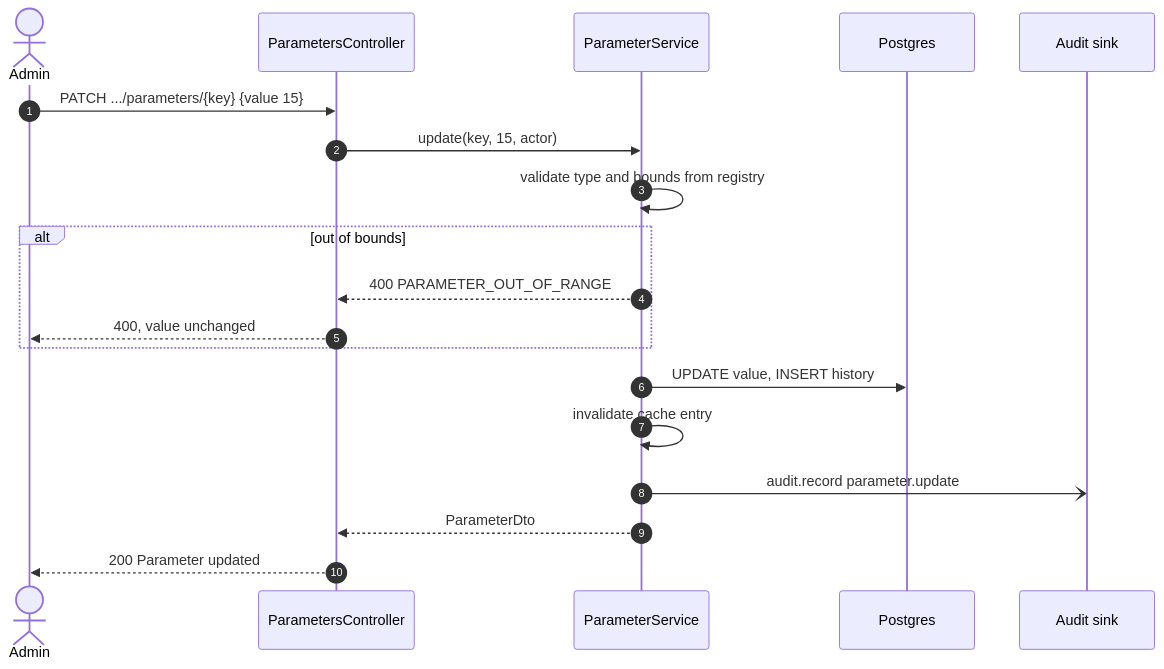
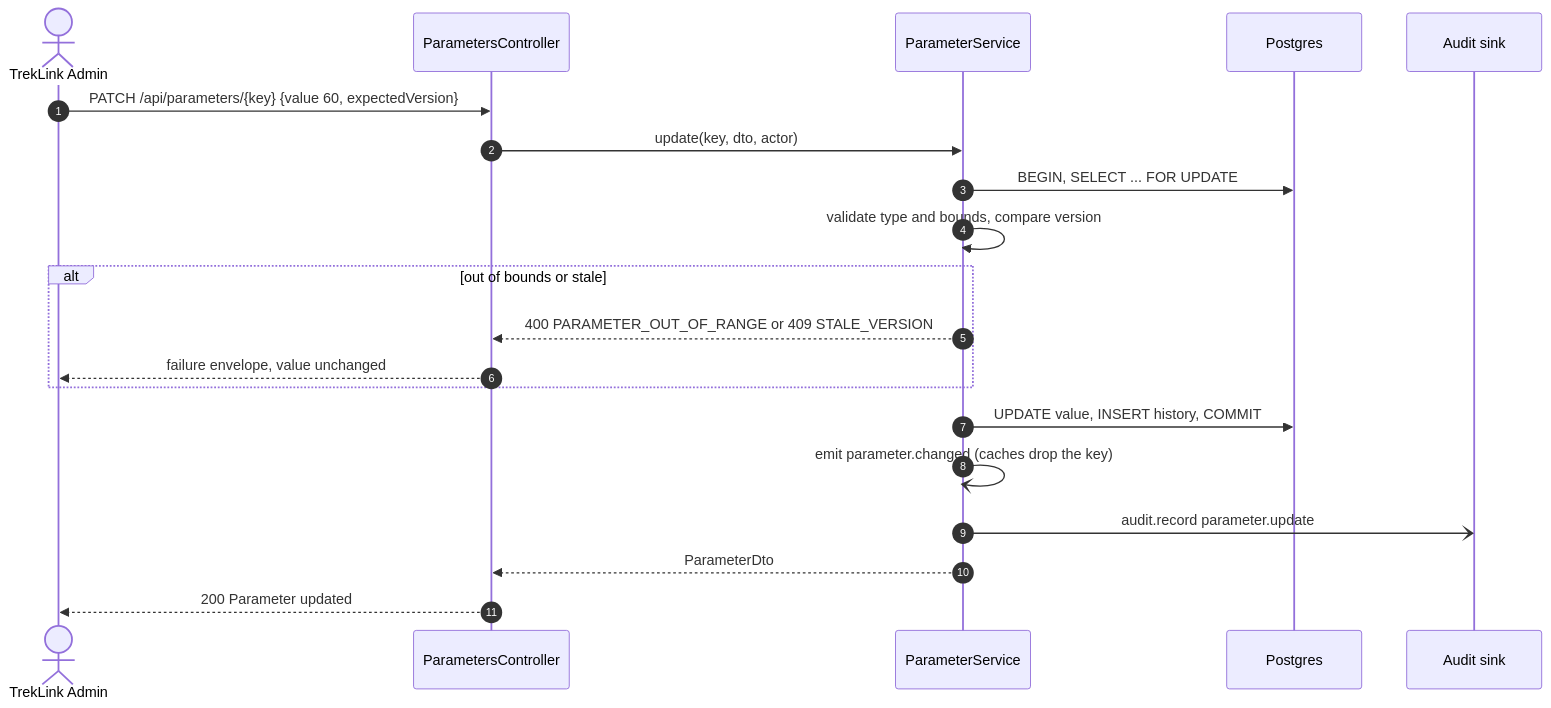
The fifth of 5 diagrams in specs/platform/design.md (TrekLink-Team/treklink-web), drawn with Mermaid before and after one commit. The commit also changed other lines of this file and 367 other files, not shown here.

First line of the commit message:
docs: rewrite the module specs and schema from the rescoped SRS

````diff
--- a/specs/platform/design.md
+++ b/specs/platform/design.md
@@ -676,21 +393,22 @@
 ```mermaid
 sequenceDiagram
     autonumber
-    actor Admin
+    actor Admin as TrekLink Admin
     participant C as ParametersController
     participant S as ParameterService
     participant DB as Postgres
     participant A as Audit sink
-    Admin->>C: PATCH .../parameters/{key} {value 15}
-    C->>S: update(key, 15, actor)
-    S->>S: validate type and bounds from registry
-    alt out of bounds
-        S-->>C: 400 PARAMETER_OUT_OF_RANGE
-        C-->>Admin: 400, value unchanged
+    Admin->>C: PATCH /api/parameters/{key} {value 60, expectedVersion}
+    C->>S: update(key, dto, actor)
+    S->>DB: BEGIN, SELECT ... FOR UPDATE
+    S->>S: validate type and bounds, compare version
+    alt out of bounds or stale
+        S-->>C: 400 PARAMETER_OUT_OF_RANGE or 409 STALE_VERSION
+        C-->>Admin: failure envelope, value unchanged
     end
-    S->>DB: UPDATE value, INSERT history
-    S->>S: invalidate cache entry
+    S->>DB: UPDATE value, INSERT history, COMMIT
+    S-)S: emit parameter.changed (caches drop the key)
     S-)A: audit.record parameter.update
     S-->>C: ParameterDto
     C-->>Admin: 200 Parameter updated
 ```
````
